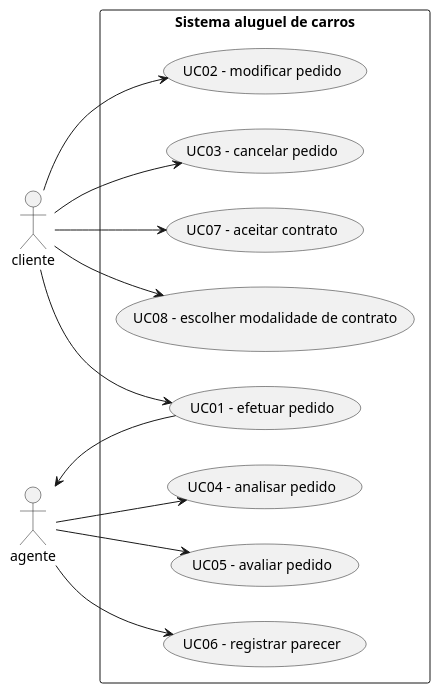
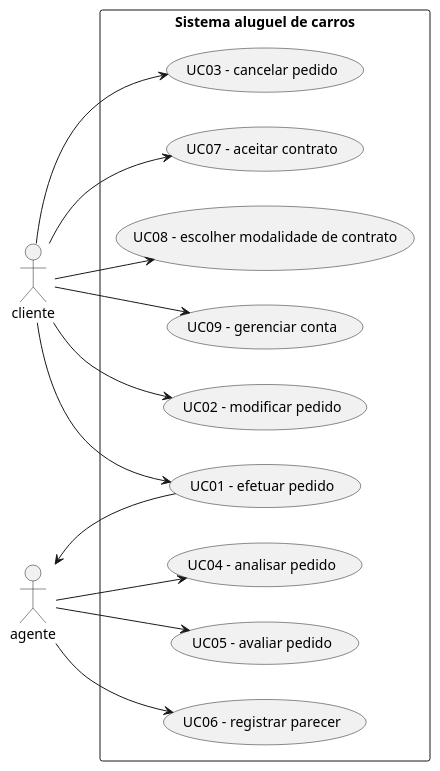
The diagram in docs/diagramas/casos-de-uso.puml (brunokilo/lab02-aluguel-carros), drawn with PlantUML before and after one commit. The commit also changed 2 other files, not shown here.

Commit message:
docs: adicionar casos de uso e histórias de usuário para gerenciamento de conta

```diff
--- a/docs/diagramas/casos-de-uso.puml
+++ b/docs/diagramas/casos-de-uso.puml
@@ -1,29 +1,31 @@
 @startuml
 left to right direction
 skinparam packageStyle rectangle
 
 
 actor cliente
 actor agente
 
 rectangle "Sistema aluguel de carros" {   
   usecase "UC01 - efetuar pedido" as UC01
   usecase "UC02 - modificar pedido" as UC02
   usecase "UC03 - cancelar pedido" as UC03
   usecase "UC04 - analisar pedido" as UC04
   usecase "UC05 - avaliar pedido" as UC05
   usecase "UC06 - registrar parecer" as UC06
   usecase "UC07 - aceitar contrato" as UC07
   usecase "UC08 - escolher modalidade de contrato" as UC08
+  usecase "UC09 - gerenciar conta" as UC09
 }   
 
 cliente --> (UC01)
 cliente --> (UC02)
 cliente --> (UC03)
 cliente --> (UC07)
 cliente --> (UC08)
+cliente --> (UC09)
 agente --> (UC04)
 agente --> (UC05)
 agente --> (UC06)
 (UC01) --> agente
 @enduml
```
